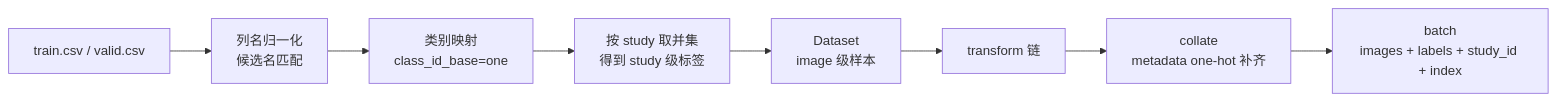
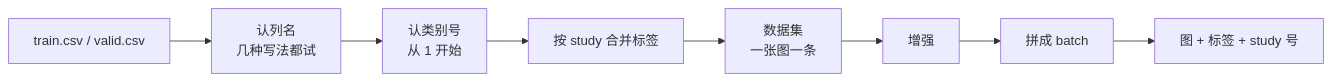
One commit to cixiy1/Yuki-blog changed the third of 9 diagrams in src/content/posts/chest-smart-diagnosis.md. Above: the diagram before and after it, drawn with Mermaid. The commit also changed other lines of this file, not shown here.

````diff
--- a/src/content/posts/chest-smart-diagnosis.md
+++ b/src/content/posts/chest-smart-diagnosis.md
@@ -159,10 +145,10 @@
 ```mermaid
 flowchart LR
-  CSV["train.csv / valid.csv"] --> NORM["列名归一化<br/>候选名匹配"]
-  NORM --> MAP["类别映射<br/>class_id_base=one"]
-  MAP --> UNION["按 study 取并集<br/>得到 study 级标签"]
-  UNION --> DS["Dataset<br/>image 级样本"]
-  DS --> TF["transform 链"]
-  TF --> COLLATE["collate<br/>metadata one-hot 补齐"]
-  COLLATE --> BATCH["batch<br/>images + labels + study_id + index"]
+  CSV["train.csv / valid.csv"] --> NORM["认列名<br/>几种写法都试"]
+  NORM --> MAP["认类别号<br/>从 1 开始"]
+  MAP --> UNION["按 study 合并标签"]
+  UNION --> DS["数据集<br/>一张图一条"]
+  DS --> TF["增强"]
+  TF --> COLLATE["拼成 batch"]
+  COLLATE --> BATCH["图 + 标签 + study 号"]
 ```
````
